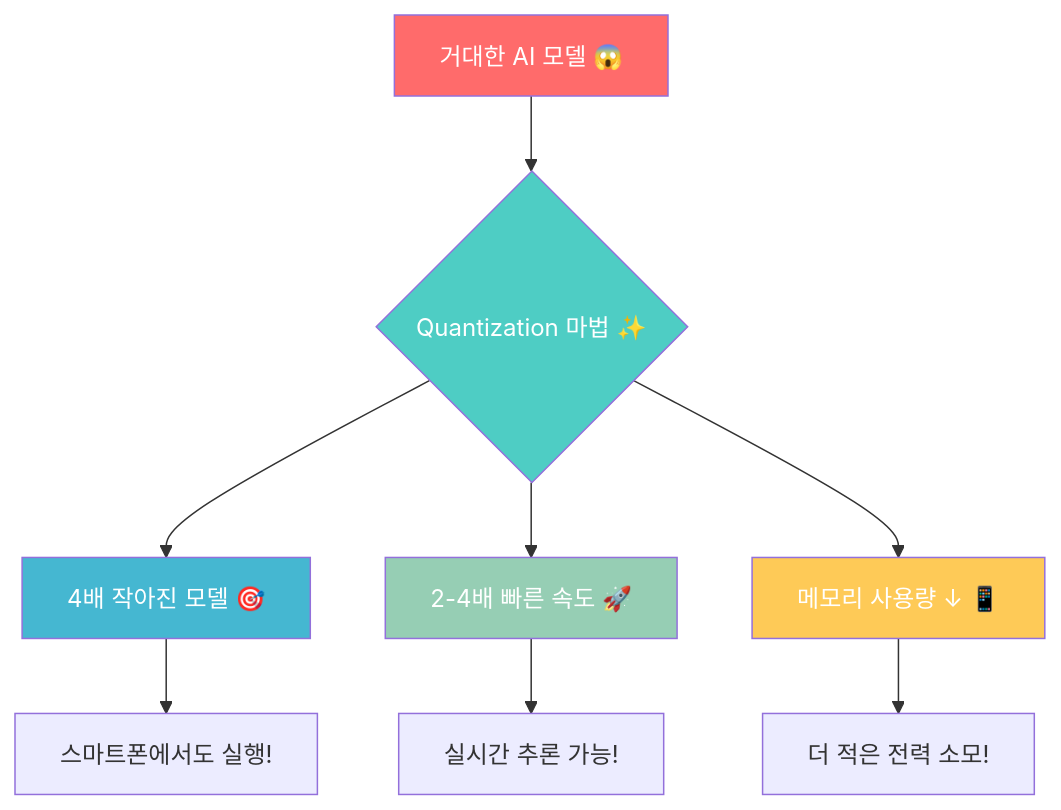
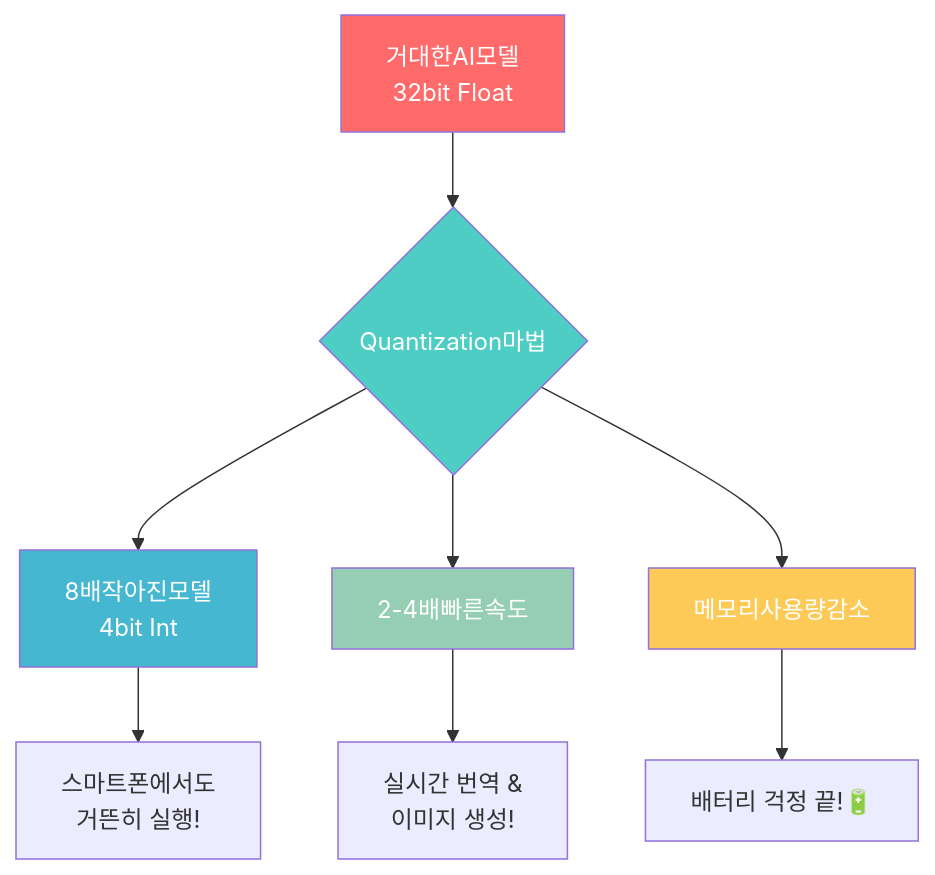
Before and after one commit to welnailetter-bot/welnailetter-bot.github.io: the first of 5 diagrams in _posts/2025-08-05-ai-quantization-complete-guide.md, drawn with Mermaid. The commit also changed other lines of this file, not shown here.

```diff
--- a/_posts/2025-08-05-ai-quantization-complete-guide.md
+++ b/_posts/2025-08-05-ai-quantization-complete-guide.md
@@ -37,17 +43,17 @@
 <div class="mermaid">
 flowchart TD
-    A[거대한 AI 모델 😱] --> B{Quantization 마법 ✨}
-    B --> C[4배 작아진 모델 🎯]
-    B --> D[2-4배 빠른 속도 🚀]
-    B --> E[메모리 사용량 ↓ 📱]
-    
-    C --> F[스마트폰에서도 실행!]
-    D --> G[실시간 추론 가능!]
-    E --> H[더 적은 전력 소모!]
-    
+    A[거대한AI모델<br/>32bit Float] --> B{Quantization마법}
+    B --> C[8배작아진모델<br/>4bit Int]
+    B --> D[2-4배빠른속도]
+    B --> E[메모리사용량감소]
+
+    C --> F[스마트폰에서도<br/>거뜬히 실행!]
+    D --> G[실시간 번역 &<br/>이미지 생성!]
+    E --> H[배터리 걱정 끝!🔋]
+
     style A fill:#ff6b6b,color:#fff
     style B fill:#4ecdc4,color:#fff
     style C fill:#45b7d1,color:#fff
     style D fill:#96ceb4,color:#fff
     style E fill:#feca57,color:#fff
 </div>
```
